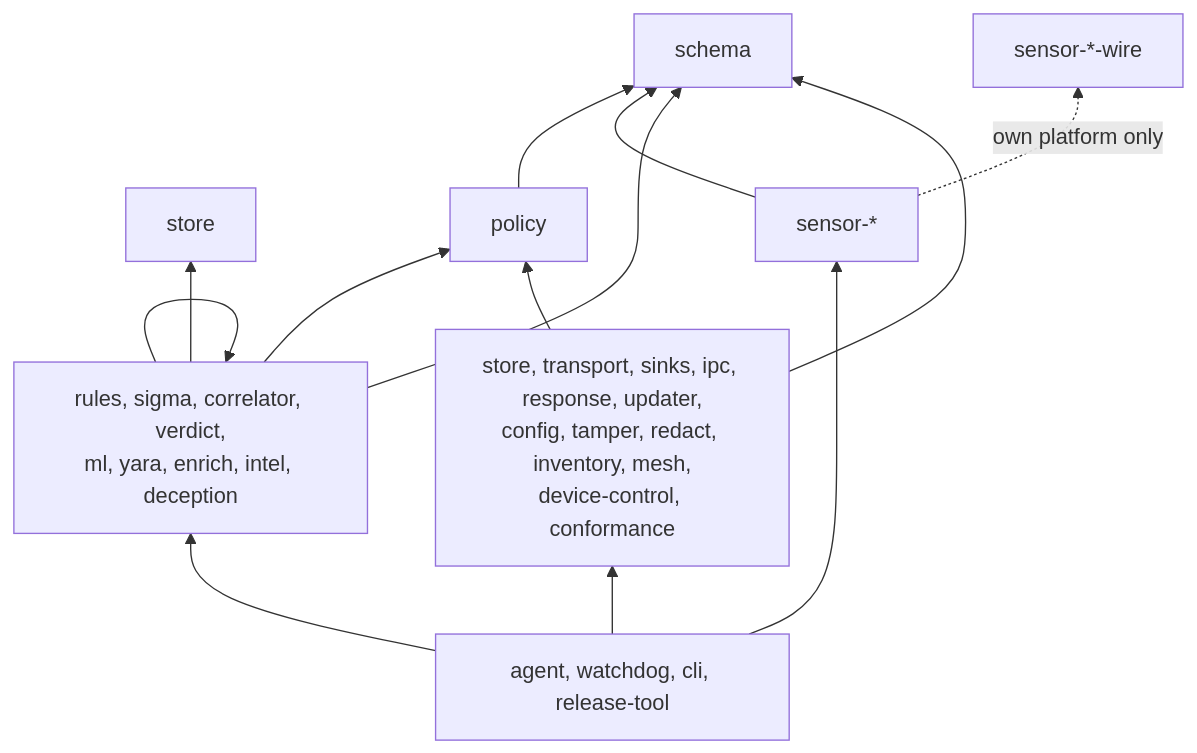
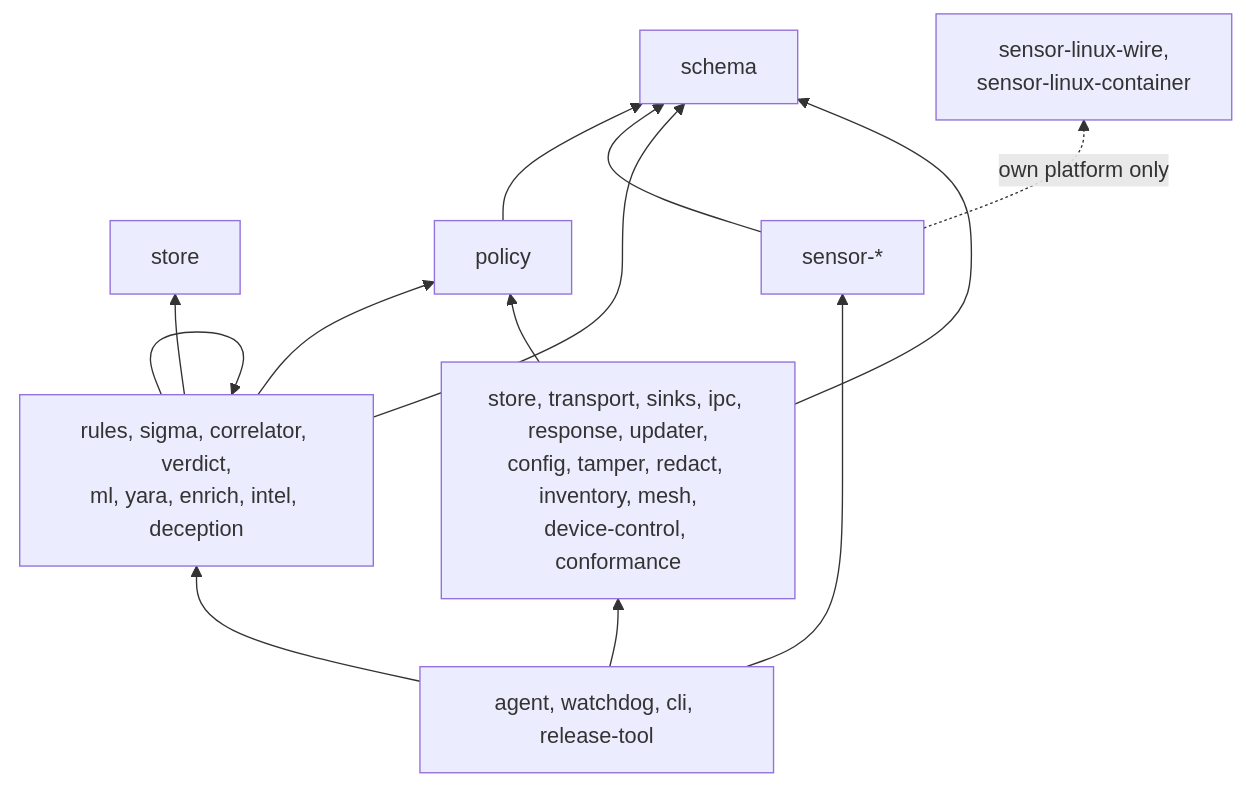
Before and after one commit to synthaea-lab/agent: the second of 2 diagrams in docs/architecture.md, drawn with Mermaid. The commit also changed other lines of this file and 25 other files, not shown here.

First line of the commit message:
AS-002: share container attribution in a sensor-linux-container crate

````diff
--- a/docs/architecture.md
+++ b/docs/architecture.md
@@ -59,12 +59,12 @@
 ```mermaid
 flowchart BT
   schema[schema]
   policy[policy] --> schema
   sensors["sensor-*"] --> schema
-  sensors -.->|own platform only| wire["sensor-*-wire"]
+  sensors -.->|own platform only| wire["sensor-linux-wire,<br/>sensor-linux-container"]
   detection["rules, sigma, correlator, verdict,<br/>ml, yara, enrich, intel, deception"] --> schema & policy
   detection --> store[store]
   detection --> detection
   leaf["store, transport, sinks, ipc, response, updater,<br/>config, tamper, redact, inventory, mesh,<br/>device-control, conformance"] --> schema & policy
   bins["agent, watchdog, cli, release-tool"] --> sensors & detection & leaf
 ```
````
